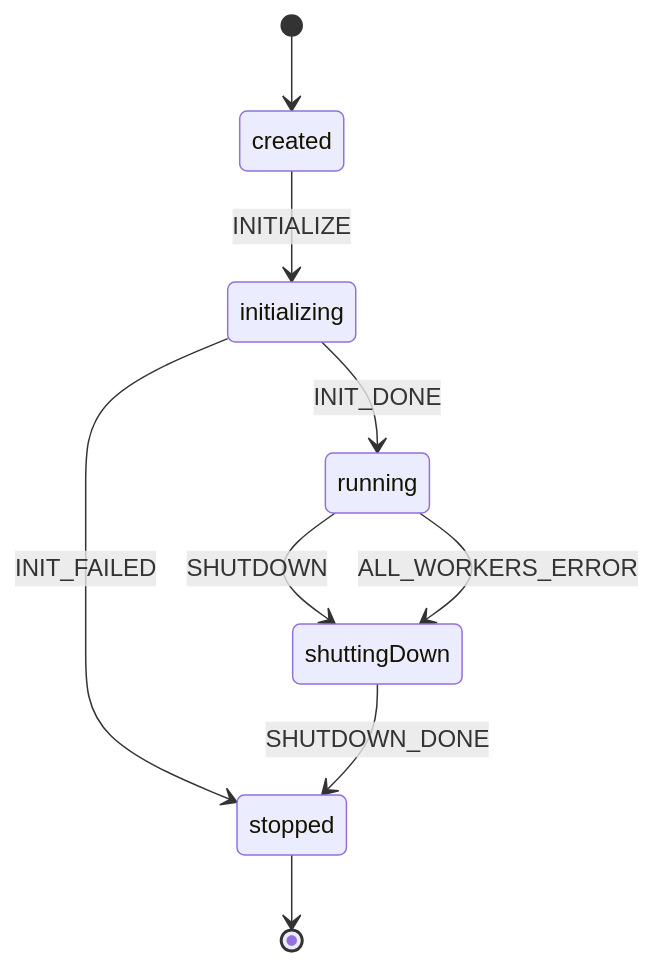
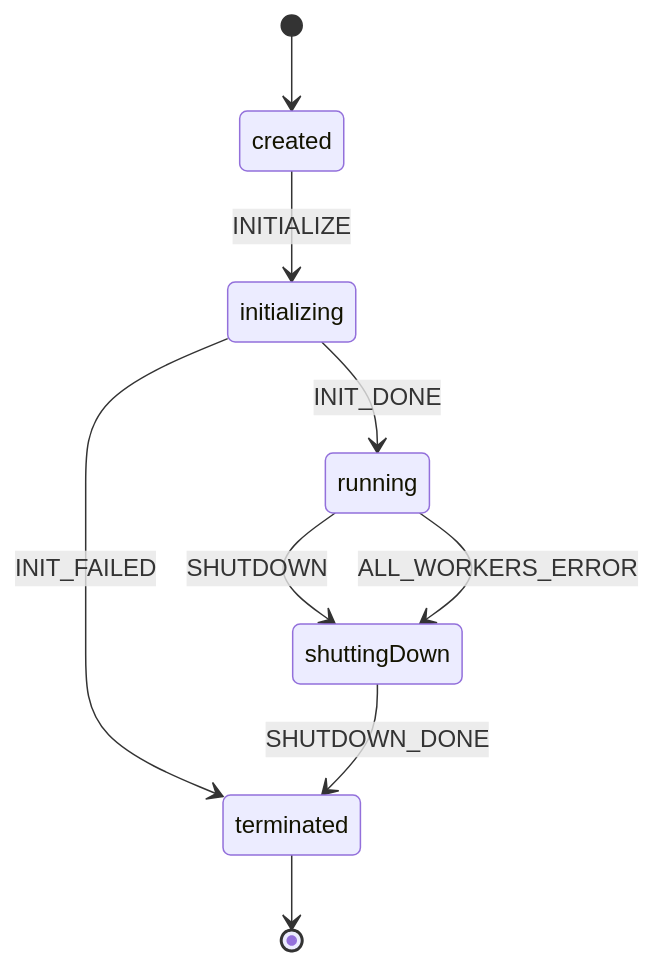
Before and after one commit to uraitakahito/browserhive: the second of 3 diagrams in README.md, drawn with Mermaid. The commit also changed 2 other files, not shown here.

Commit message:
rename Coordinator final state from `stopped` to `terminated`
Coordinator's `stopped` is `type: "final"` (irreversible terminal),
which conflicts semantically with Worker's `stopped` (resting state,
reusable via CONNECT). Renaming the Coordinator side to `terminated`
removes the collision and lets the name reflect finality.

````diff
--- a/README.md
+++ b/README.md
@@ -70,11 +70,11 @@
 ```mermaid
 stateDiagram-v2
     [*] --> created
     created --> initializing : INITIALIZE
     initializing --> running : INIT_DONE
-    initializing --> stopped : INIT_FAILED
+    initializing --> terminated : INIT_FAILED
     running --> shuttingDown : SHUTDOWN
     running --> shuttingDown : ALL_WORKERS_ERROR
-    shuttingDown --> stopped : SHUTDOWN_DONE
-    stopped --> [*]
+    shuttingDown --> terminated : SHUTDOWN_DONE
+    terminated --> [*]
 ```
````
